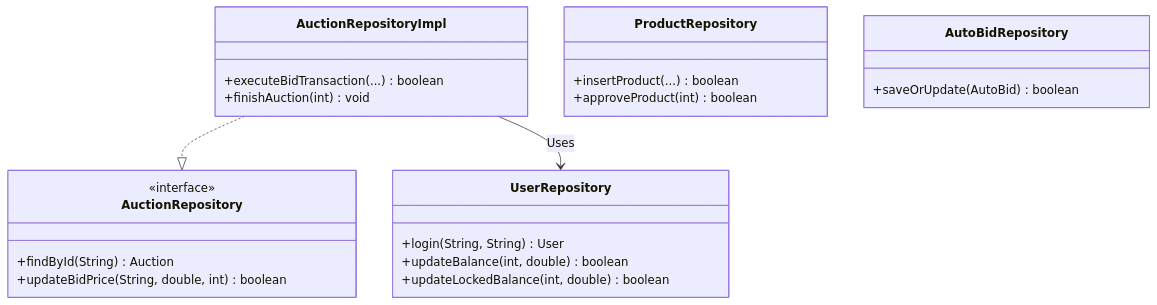
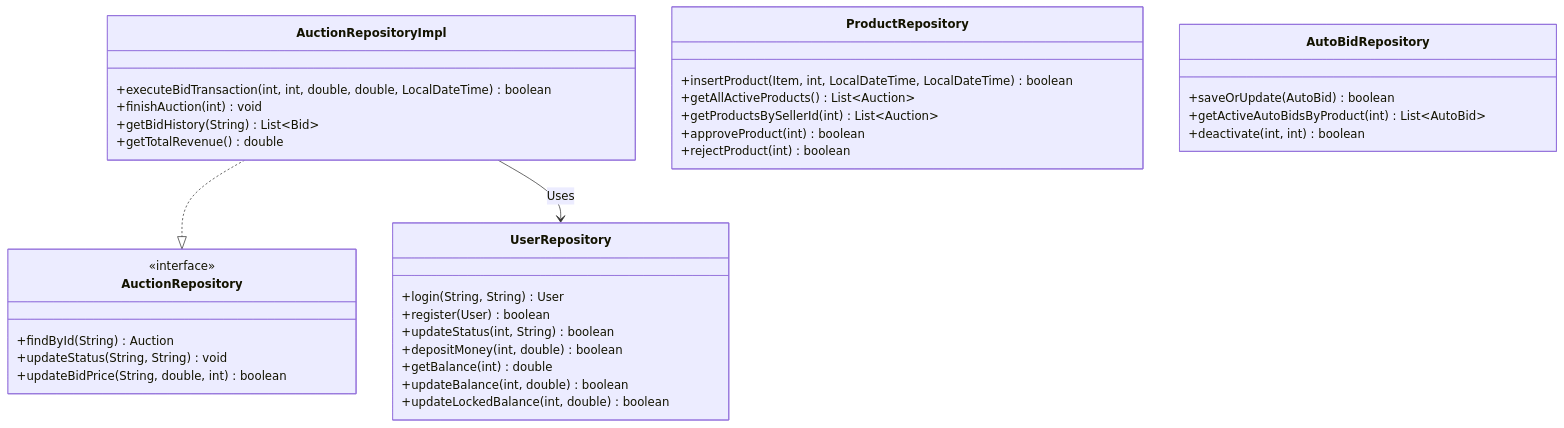
The second of 4 diagrams in README.md (25021616-sketch/Dau_Gia_Truc_Tuyen_Nhom2), drawn with Mermaid before and after one commit. The commit also changed other lines of this file, not shown here.

````diff
--- a/README.md
+++ b/README.md
@@ -127,27 +180,45 @@
 ```mermaid
 classDiagram
     direction TB
+    
     class UserRepository {
         +login(String, String) User
+        +register(User) boolean
+        +updateStatus(int, String) boolean
+        +depositMoney(int, double) boolean
+        +getBalance(int) double
         +updateBalance(int, double) boolean
         +updateLockedBalance(int, double) boolean
     }
+
     class AuctionRepository {
         <<interface>>
         +findById(String) Auction
+        +updateStatus(String, String) void
         +updateBidPrice(String, double, int) boolean
     }
+
     class AuctionRepositoryImpl {
-        +executeBidTransaction(...) boolean
+        +executeBidTransaction(int, int, double, double, LocalDateTime) boolean
         +finishAuction(int) void
+        +getBidHistory(String) List~Bid~
+        +getTotalRevenue() double
     }
+
     class ProductRepository {
-        +insertProduct(...) boolean
+        +insertProduct(Item, int, LocalDateTime, LocalDateTime) boolean
+        +getAllActiveProducts() List~Auction~
+        +getProductsBySellerId(int) List~Auction~
         +approveProduct(int) boolean
+        +rejectProduct(int) boolean
     }
+
     class AutoBidRepository {
         +saveOrUpdate(AutoBid) boolean
+        +getActiveAutoBidsByProduct(int) List~AutoBid~
+        +deactivate(int, int) boolean
     }
+
     AuctionRepositoryImpl ..|> AuctionRepository
     AuctionRepositoryImpl --> UserRepository : Uses
 ```
````
